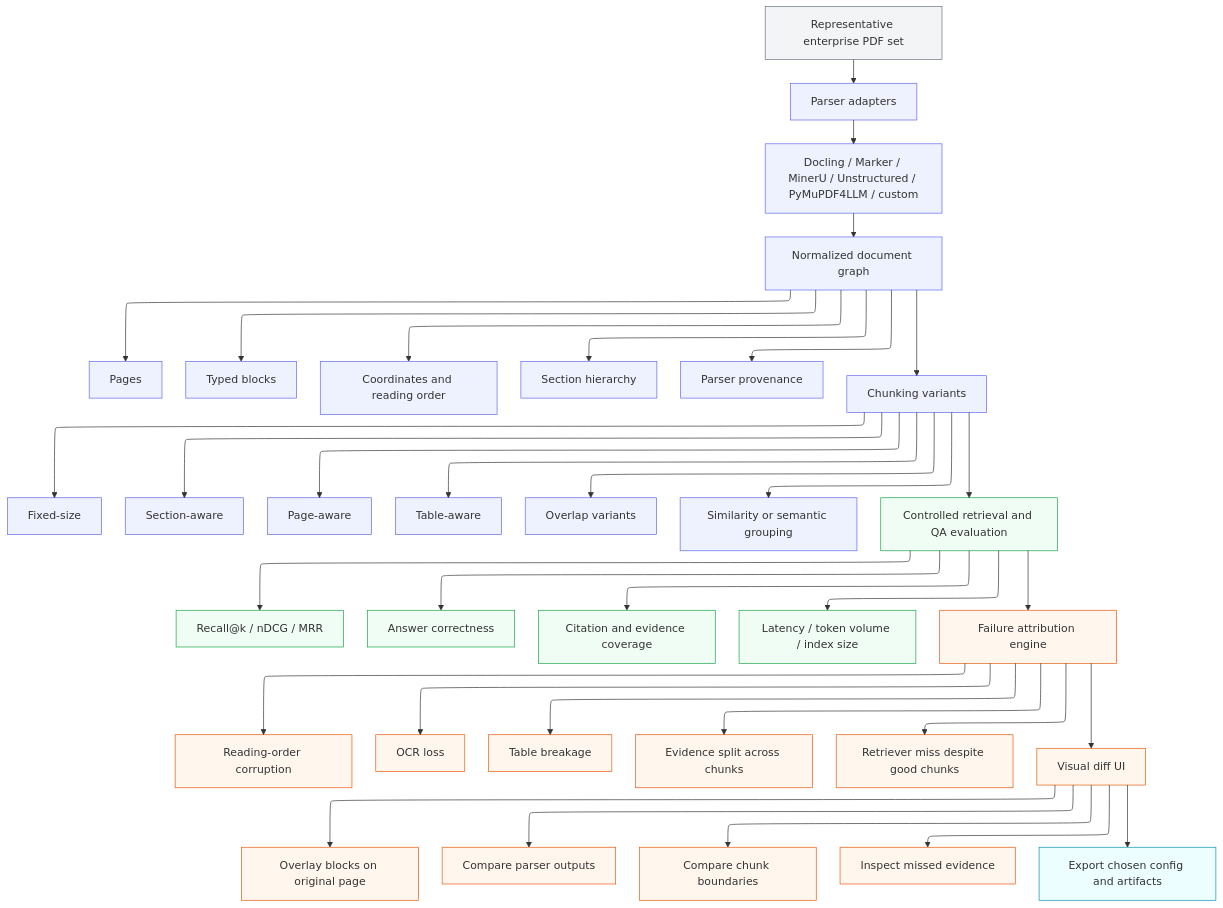
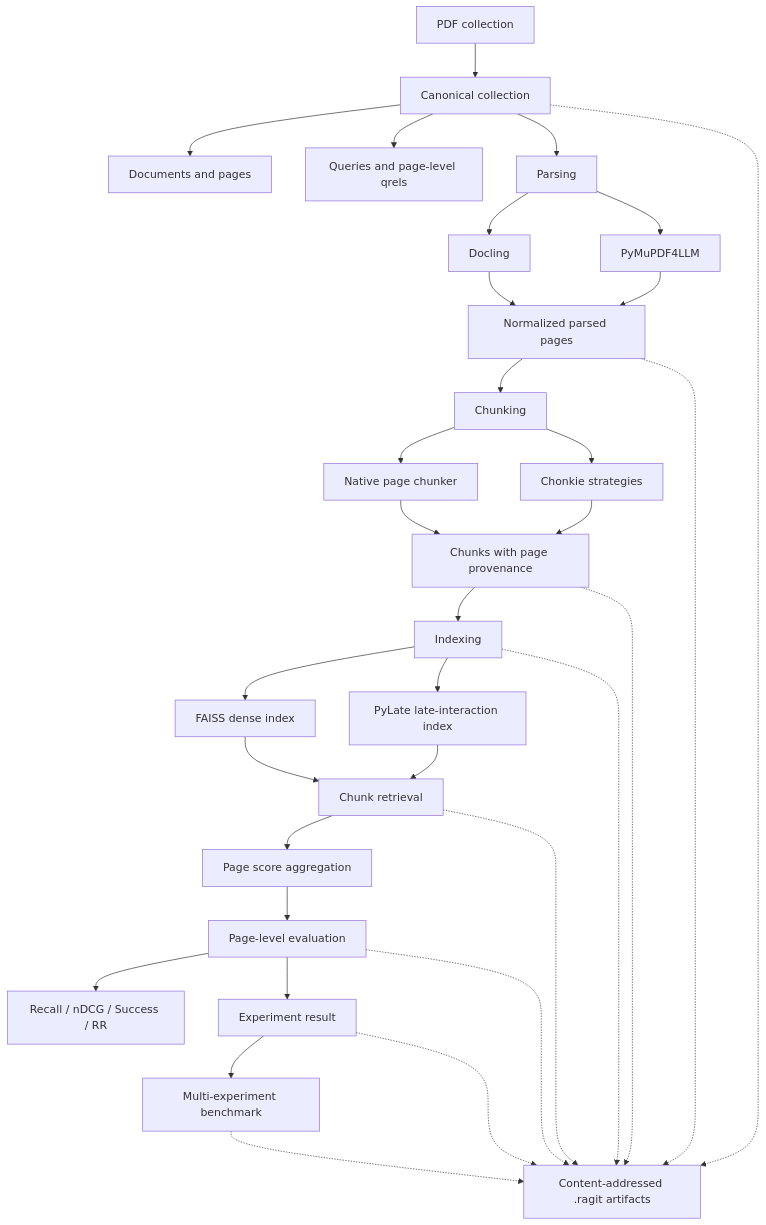
Before and after one commit to OmarElbachyr/ragit: the diagram in docs/pipelines/tool-architecture.mmd, drawn with Mermaid. The commit also changed 55 other files, not shown here.

Commit message:
feat: add experiment and benchmark workflows

```diff
--- a/docs/pipelines/tool-architecture.mmd
+++ b/docs/pipelines/tool-architecture.mmd
@@ -1,51 +1,32 @@
----
-config:
-  layout: elk
----
 flowchart TD
-    A[Representative enterprise PDF set] --> B[Parser adapters]
-    B --> B1[Docling / Marker / MinerU / Unstructured / PyMuPDF4LLM / custom]
-    B1 --> C[Normalized document graph]
-    C --> C1[Pages]
-    C --> C2[Typed blocks]
-    C --> C3[Coordinates and reading order]
-    C --> C4[Section hierarchy]
-    C --> C5[Parser provenance]
-    C --> D[Chunking variants]
-    D --> D1[Fixed-size]
-    D --> D2[Section-aware]
-    D --> D3[Page-aware]
-    D --> D4[Table-aware]
-    D --> D5[Overlap variants]
-    D --> D6[Similarity or semantic grouping]
-    D --> E[Controlled retrieval and QA evaluation]
-    E --> E1["Recall@k / nDCG / MRR"]
-    E --> E2[Answer correctness]
-    E --> E3[Citation and evidence coverage]
-    E --> E4["Latency / token volume / index size"]
-    E --> F[Failure attribution engine]
-    F --> F1[Reading-order corruption]
-    F --> F2[OCR loss]
-    F --> F3[Table breakage]
-    F --> F4[Evidence split across chunks]
-    F --> F5[Retriever miss despite good chunks]
-    F --> G[Visual diff UI]
-    G --> G1[Overlay blocks on original page]
-    G --> G2[Compare parser outputs]
-    G --> G3[Compare chunk boundaries]
-    G --> G4[Inspect missed evidence]
-    G --> H[Export chosen config and artifacts]
-    
-    classDef input stroke:#6b7280,fill:#f3f4f6
-    classDef process stroke:#6366f1,fill:#eef2ff
-    classDef evaluate stroke:#16a34a,fill:#f0fdf4
-    classDef analysis stroke:#ea580c,fill:#fff7ed
-    classDef output stroke:#0891b2,fill:#ecfeff
-        
-    class A input
-    class B,B1,C process
-    class C1,C2,C3,C4,C5,D,D1,D2,D3,D4,D5,D6 process
-    class E,E1,E2,E3,E4 evaluate
-    class F,F1,F2,F3,F4,F5 analysis
-    class G,G1,G2,G3,G4 analysis
-    class H output
+    A[PDF collection] --> B[Canonical collection]
+    B --> B1[Documents and pages]
+    B --> B2[Queries and page-level qrels]
+    B --> C[Parsing]
+    C --> C1[Docling]
+    C --> C2[PyMuPDF4LLM]
+    C1 --> D[Normalized parsed pages]
+    C2 --> D
+    D --> E[Chunking]
+    E --> E1[Native page chunker]
+    E --> E2[Chonkie strategies]
+    E1 --> F[Chunks with page provenance]
+    E2 --> F
+    F --> G[Indexing]
+    G --> G1[FAISS dense index]
+    G --> G2[PyLate late-interaction index]
+    G1 --> H[Chunk retrieval]
+    G2 --> H
+    H --> I[Page score aggregation]
+    I --> J[Page-level evaluation]
+    J --> J1[Recall / nDCG / Success / RR]
+    J --> K[Experiment result]
+    K --> L[Multi-experiment benchmark]
+    B -.-> M[Content-addressed .ragit artifacts]
+    D -.-> M
+    F -.-> M
+    G -.-> M
+    H -.-> M
+    J -.-> M
+    K -.-> M
+    L -.-> M
```
